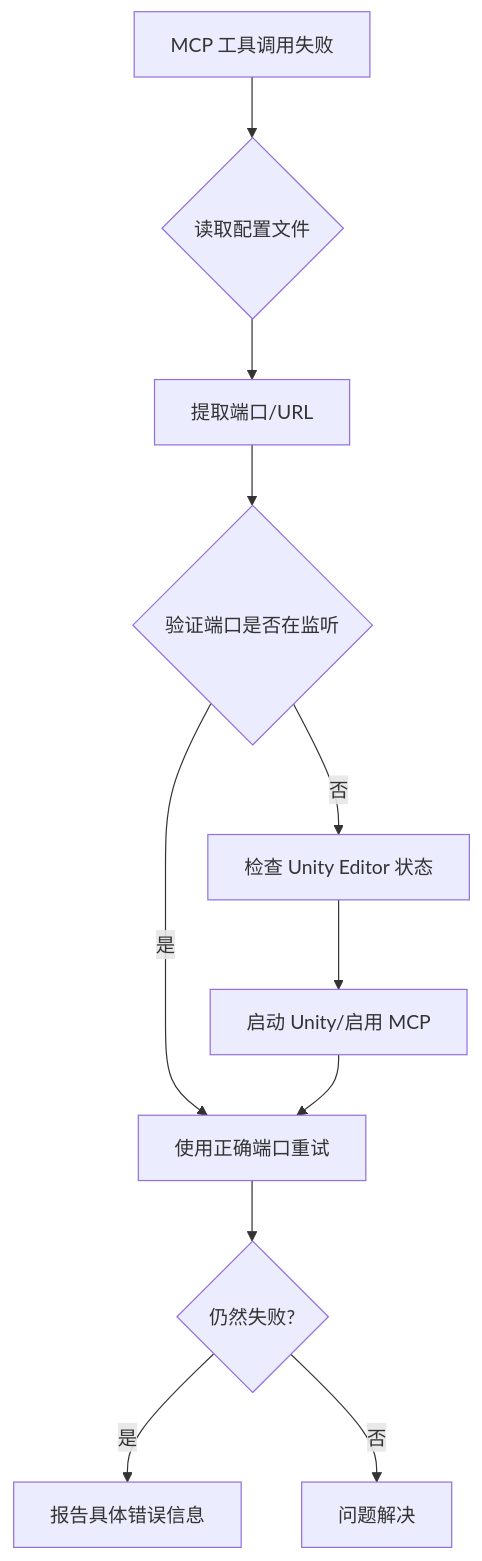
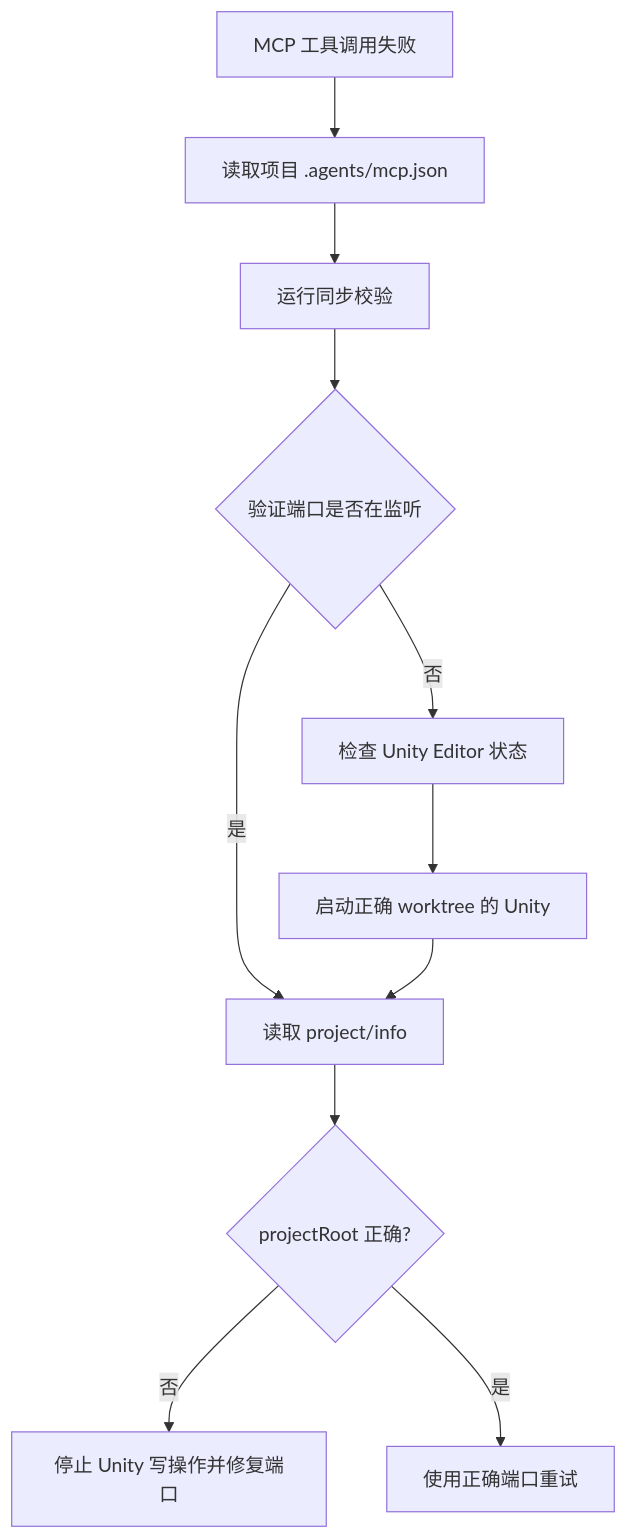
Before and after one commit to cty41/tactics: the diagram in .agents/skills/unity-mcp-core/SKILL.md, drawn with Mermaid. The commit also changed other lines of this file and 13 other files, not shown here.

Commit message:
feat(tooling): scope Unity MCP to project endpoint

````diff
--- a/.agents/skills/unity-mcp-core/SKILL.md
+++ b/.agents/skills/unity-mcp-core/SKILL.md
@@ -102,13 +103,13 @@
 ```mermaid
 graph TD
-    A[MCP 工具调用失败] --> B{读取配置文件}
-    B --> C[提取端口/URL]
+    A[MCP 工具调用失败] --> B[读取项目 .agents/mcp.json]
+    B --> C[运行同步校验]
     C --> D{验证端口是否在监听}
     D -->|否| E[检查 Unity Editor 状态]
-    D -->|是| F[使用正确端口重试]
-    E --> G[启动 Unity/启用 MCP]
+    D -->|是| F[读取 project/info]
+    E --> G[启动正确 worktree 的 Unity]
     G --> F
-    F --> H{仍然失败?}
-    H -->|是| I[报告具体错误信息]
-    H -->|否| J[问题解决]
+    F --> H{projectRoot 正确?}
+    H -->|否| I[停止 Unity 写操作并修复端口]
+    H -->|是| J[使用正确端口重试]
 ```
````
